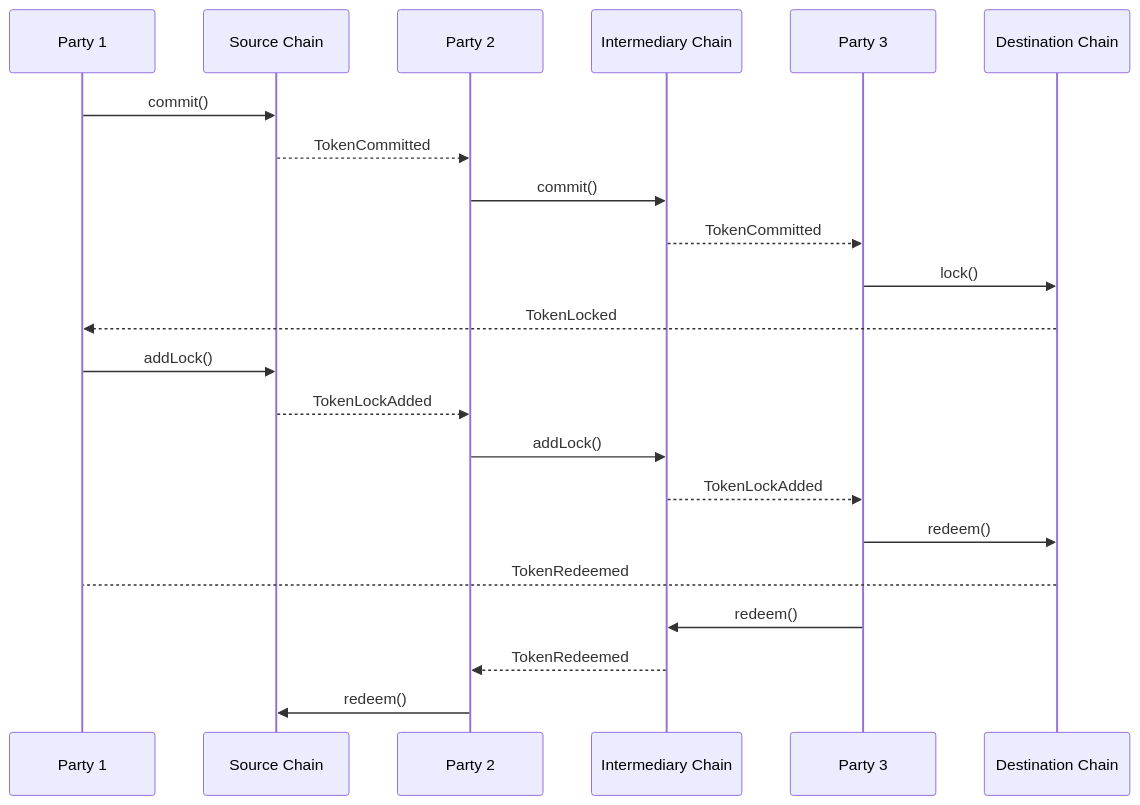
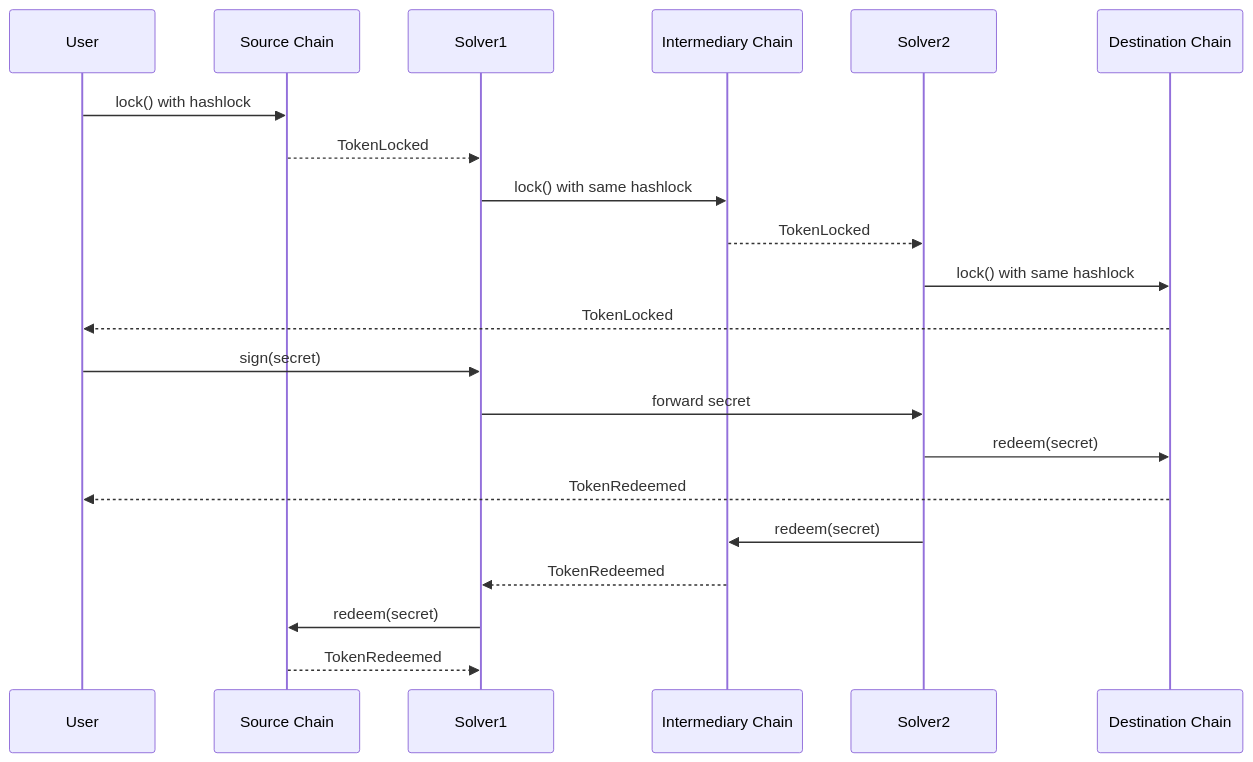
The second of 2 diagrams in protocol-spec/model.mdx (TrainProtocol/docs), drawn with Mermaid before and after one commit. The commit also changed other lines of this file and 9 other files, not shown here.

````diff
--- a/protocol-spec/model.mdx
+++ b/protocol-spec/model.mdx
@@ -70,25 +64,24 @@
 ```mermaid
 sequenceDiagram
-    participant P1 as Party 1
+    participant User
     participant SC as Source Chain
-    participant P2 as Party 2
+    participant Solver1
     participant IC as Intermediary Chain
-    participant P3 as Party 3
+    participant Solver2
     participant DC as Destination Chain
     
-    P1->>SC: commit()
-    SC-->>P2: TokenCommitted
-    P2->>IC: commit()
-    IC-->>P3: TokenCommitted
-    P3->>DC: lock()
-    DC-->>P1: TokenLocked
-    P1->>SC: addLock()
-    SC-->>P2: TokenLockAdded
-    P2->>IC: addLock()
-    IC-->>P3: TokenLockAdded
-    P3->>DC: redeem()
-    DC-->P1: TokenRedeemed
-    P3->>IC: redeem()
-    IC-->>P2: TokenRedeemed
-    P2->>SC: redeem()
+    User->>SC: lock() with hashlock
+    SC-->>Solver1: TokenLocked
+    Solver1->>IC: lock() with same hashlock
+    IC-->>Solver2: TokenLocked
+    Solver2->>DC: lock() with same hashlock
+    DC-->>User: TokenLocked
+    User->>Solver1: sign(secret)
+    Solver1->>Solver2: forward secret
+    Solver2->>DC: redeem(secret)
+    DC-->>User: TokenRedeemed
+    Solver2->>IC: redeem(secret)
+    IC-->>Solver1: TokenRedeemed
+    Solver1->>SC: redeem(secret)
+    SC-->>Solver1: TokenRedeemed
 ```
````
